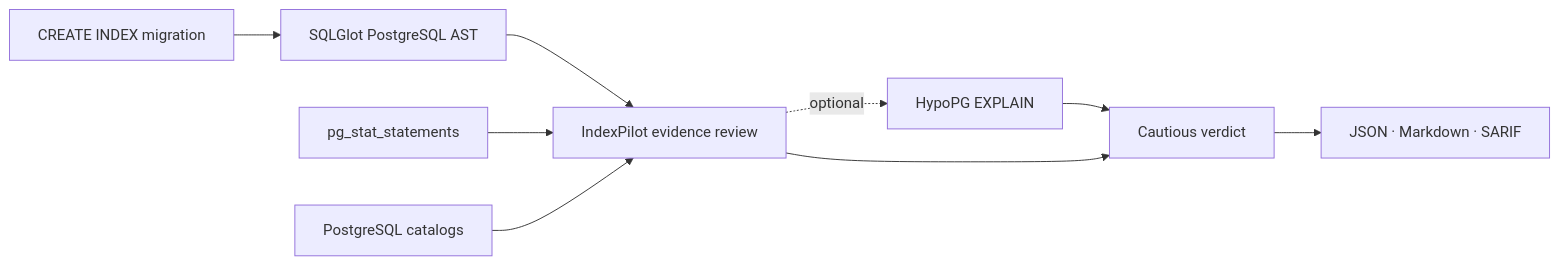
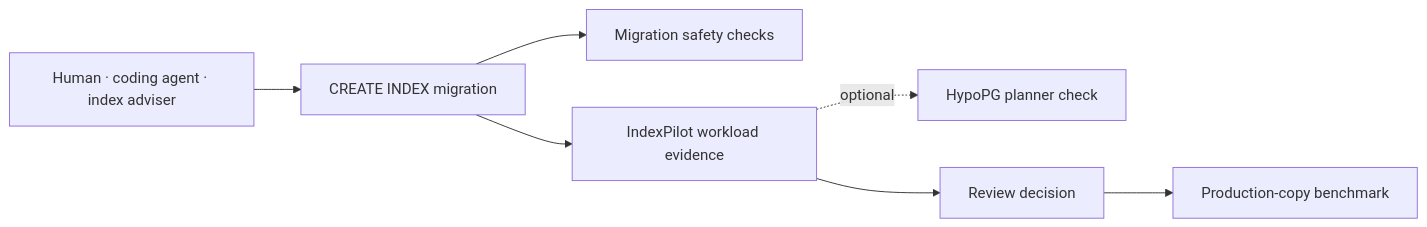
One commit to eyeinthesky6/indexpilot changed the diagram in README.md. Above: the diagram before and after it, drawn with Mermaid. The commit also changed other lines of this file and 14 other files, not shown here.

````diff
--- a/README.md
+++ b/README.md
@@ -146,11 +116,9 @@
 ```mermaid
 flowchart LR
-    M["CREATE INDEX migration"] --> P["SQLGlot PostgreSQL AST"]
-    P --> R["IndexPilot evidence review"]
-    W["pg_stat_statements"] --> R
-    C["PostgreSQL catalogs"] --> R
-    R -. "optional" .-> H["HypoPG EXPLAIN"]
-    H --> V["Cautious verdict"]
-    R --> V
-    V --> O["JSON · Markdown · SARIF"]
+    P["Human · coding agent · index adviser"] --> M["CREATE INDEX migration"]
+    M --> S["Migration safety checks"]
+    M --> I["IndexPilot workload evidence"]
+    I -. "optional" .-> H["HypoPG planner check"]
+    I --> R["Review decision"]
+    R --> B["Production-copy benchmark"]
 ```
````
